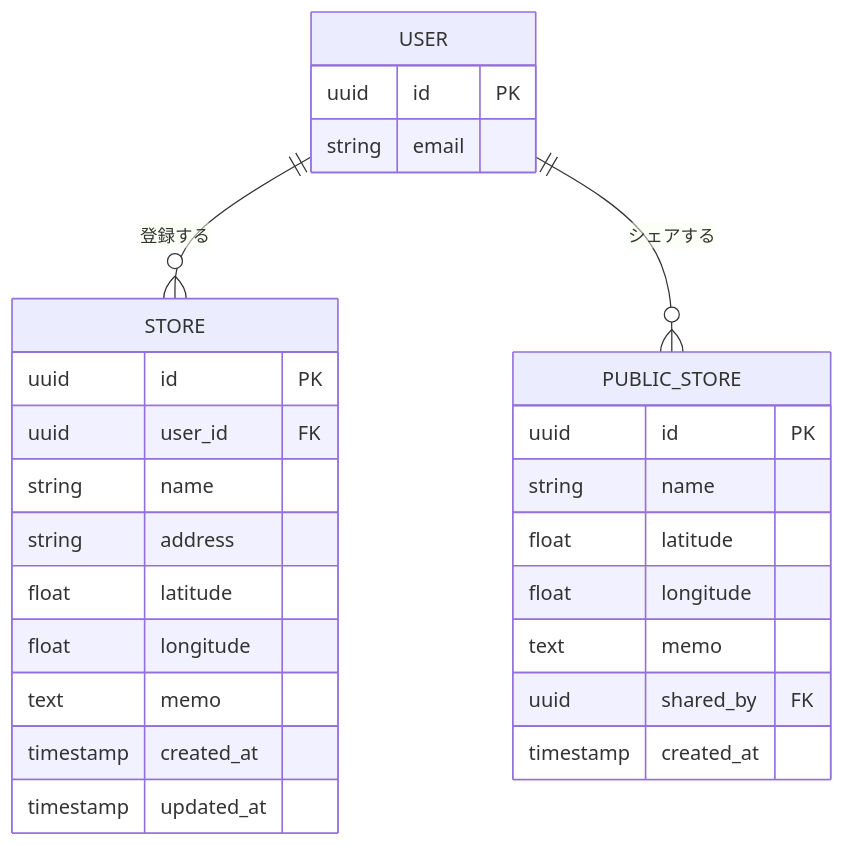
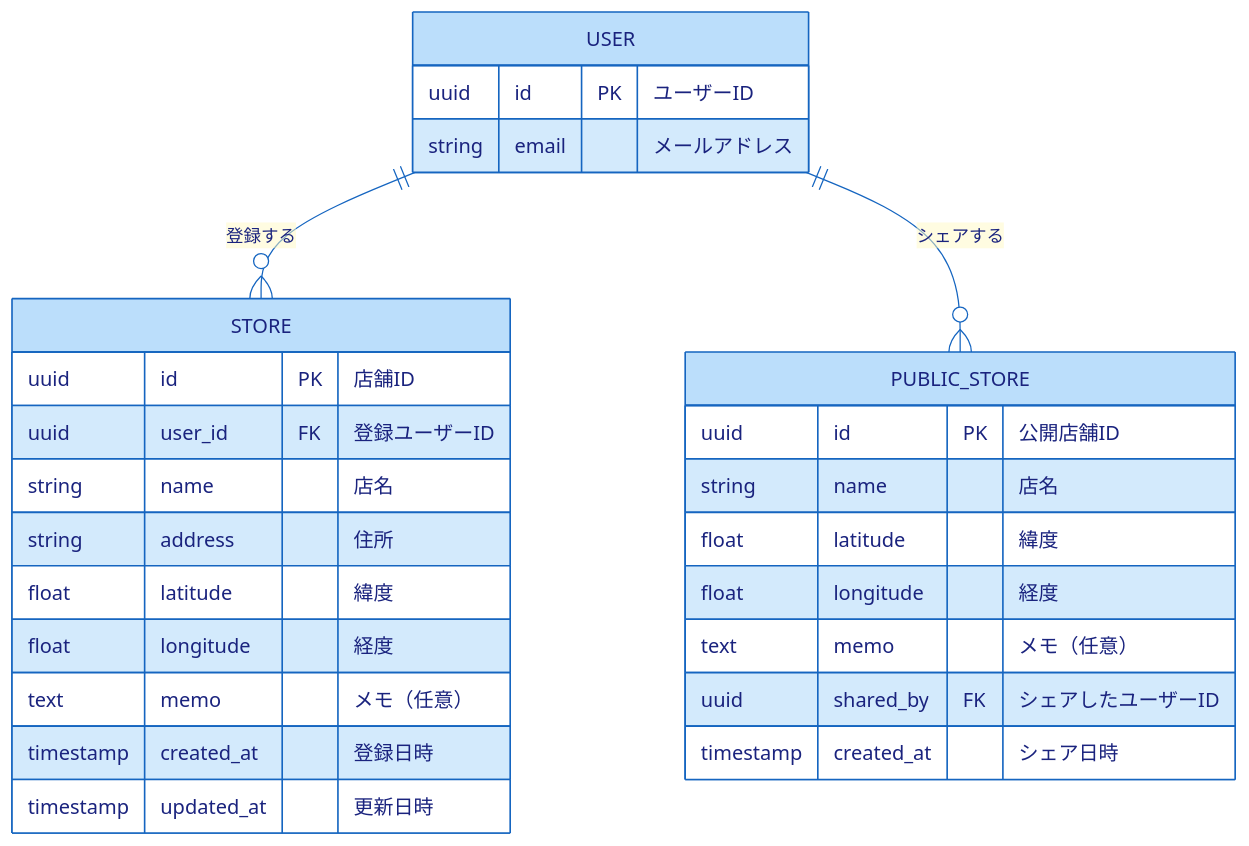
One commit to Pizzy-pz/rikawan-map changed the diagram in 設計/ER図.md. Above: the diagram before and after it, drawn with Mermaid. The commit also changed 3 other files, not shown here.

````diff
--- a/設計/ER図.md
+++ b/設計/ER図.md
@@ -3,30 +3,31 @@
 ```mermaid
+%%{init: {'theme': 'base', 'themeVariables': {'primaryColor': '#bbdefb', 'primaryTextColor': '#1a237e', 'primaryBorderColor': '#1565c0', 'lineColor': '#1565c0', 'secondaryColor': '#c8e6c9', 'tertiaryColor': '#fff9c4'}}}%%
 erDiagram
     USER {
-        uuid id PK
-        string email
+        uuid      id         PK "ユーザーID"
+        string    email         "メールアドレス"
     }
     STORE {
-        uuid id PK
-        uuid user_id FK
-        string name
-        string address
-        float latitude
-        float longitude
-        text memo
-        timestamp created_at
-        timestamp updated_at
+        uuid      id         PK "店舗ID"
+        uuid      user_id    FK "登録ユーザーID"
+        string    name          "店名"
+        string    address       "住所"
+        float     latitude      "緯度"
+        float     longitude     "経度"
+        text      memo          "メモ（任意）"
+        timestamp created_at   "登録日時"
+        timestamp updated_at   "更新日時"
     }
     PUBLIC_STORE {
-        uuid id PK
-        string name
-        float latitude
-        float longitude
-        text memo
-        uuid shared_by FK
-        timestamp created_at
+        uuid      id         PK "公開店舗ID"
+        string    name          "店名"
+        float     latitude      "緯度"
+        float     longitude     "経度"
+        text      memo          "メモ（任意）"
+        uuid      shared_by  FK "シェアしたユーザーID"
+        timestamp created_at   "シェア日時"
     }
 
-    USER ||--o{ STORE : "登録する"
+    USER ||--o{ STORE        : "登録する"
     USER ||--o{ PUBLIC_STORE : "シェアする"
 ```
````
